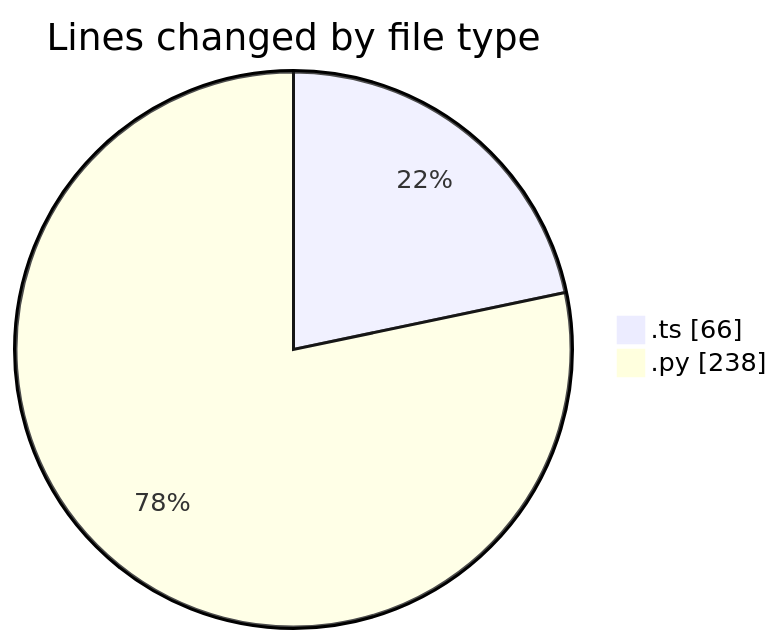
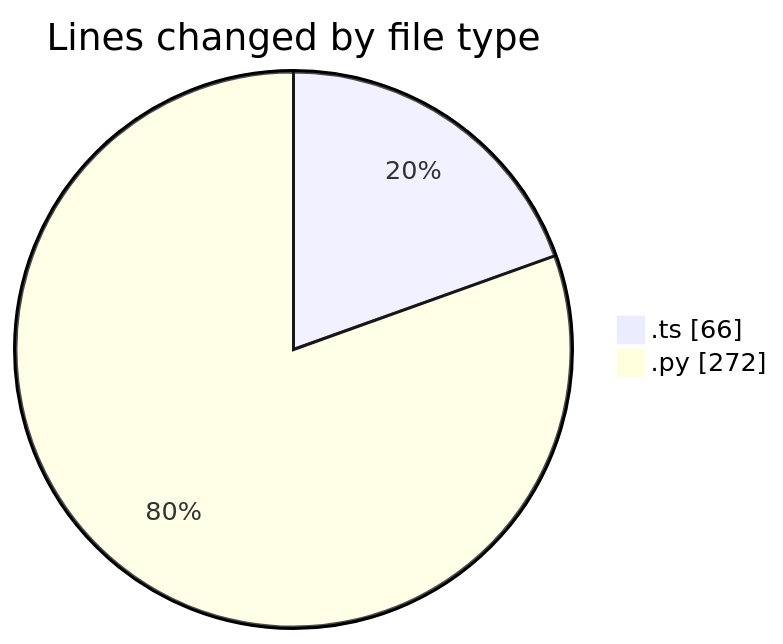
Before and after one commit to Elitesun/code-tracking: the first of 2 diagrams in 2025-05-19/niten/README.md, drawn with Mermaid. The commit also changed other lines of this file and 1 other file, not shown here.

````diff
--- a/2025-05-19/niten/README.md
+++ b/2025-05-19/niten/README.md
@@ -22,6 +22,6 @@
 ```mermaid
 pie showData
 title Lines changed by file type
 ".ts" : 66
-".py" : 238
+".py" : 272
 ```
````
